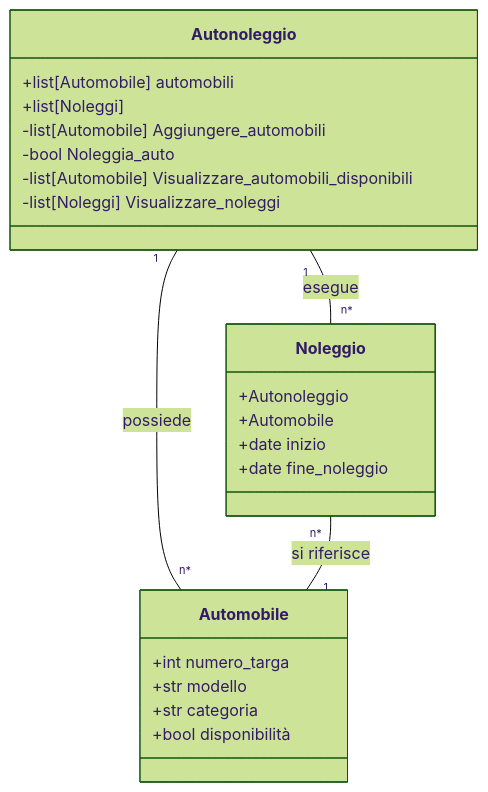
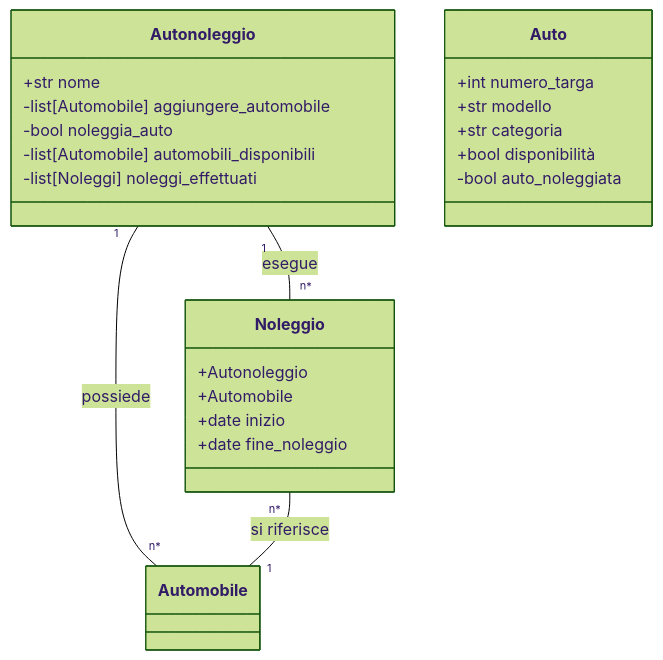
Before and after one commit to CristianMonticelli/io: the diagram in esercizio_22/monticelli_022.md, drawn with Mermaid (forest theme). The commit also changed 1 other file, not shown here.

````diff
--- a/esercizio_22/monticelli_022.md
+++ b/esercizio_22/monticelli_022.md
@@ -1,35 +1,37 @@
 ```mermaid
 classDiagram
     class Autonoleggio{
-        +list[Automobile] automobili
-        +list[Noleggi]
+        +str nome
         
-        -list[Automobile] Aggiungere_automobili
-        -bool Noleggia_auto
-        -list[Automobile] Visualizzare_automobili_disponibili
-        -list[Noleggi] Visualizzare_noleggi
+        
+        -list[Automobile] aggiungere_automobile
+        -bool noleggia_auto
+        -list[Automobile] automobili_disponibili
+        -list[Noleggi] noleggi_effettuati
 
     }
 
     class Noleggio{
         +Autonoleggio
         +Automobile
         +date inizio
         +date fine_noleggio
+        
 
     }
 
-    class Automobile{
+    class Auto{
         +int numero_targa
         +str modello
         +str categoria
         +bool disponibilità
+        -bool auto_noleggiata
          
     }
     Autonoleggio "1" -- "n*" Noleggio : esegue
     Autonoleggio "1" -- "n*" Automobile : possiede
     Noleggio "n*" -- "1" Automobile : si riferisce
 
 
     
 ```
````
